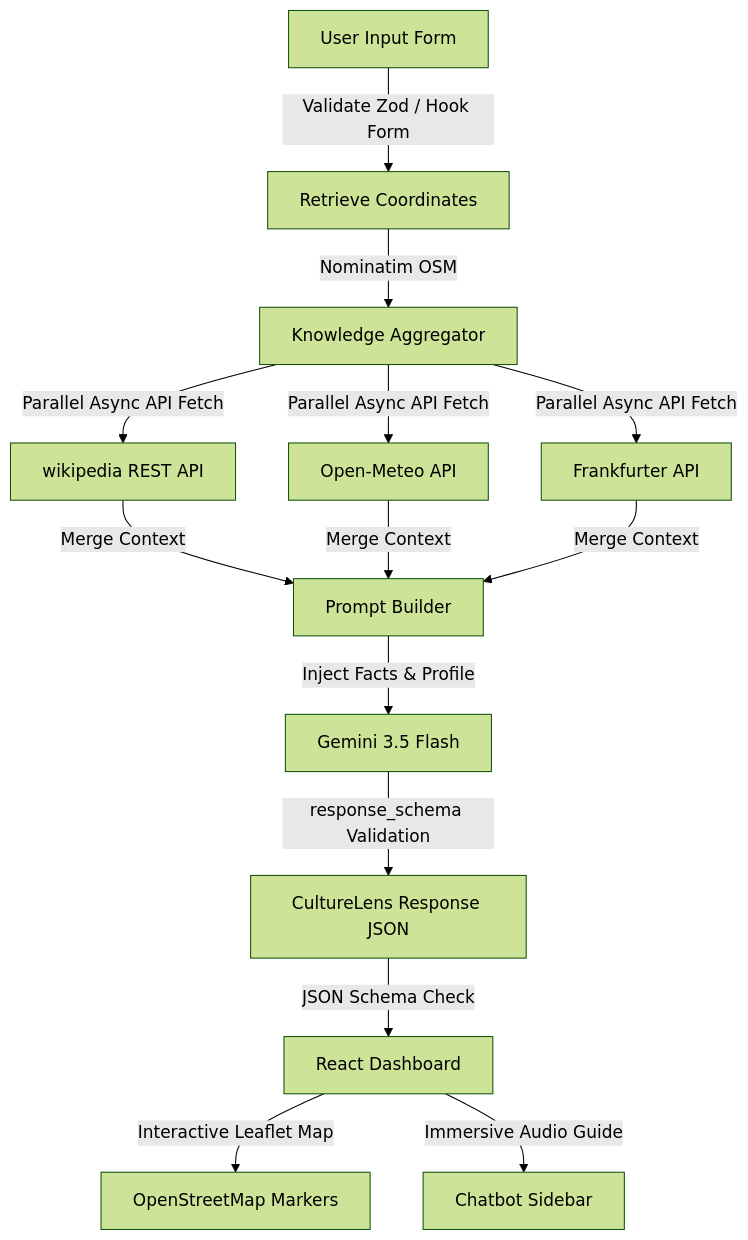
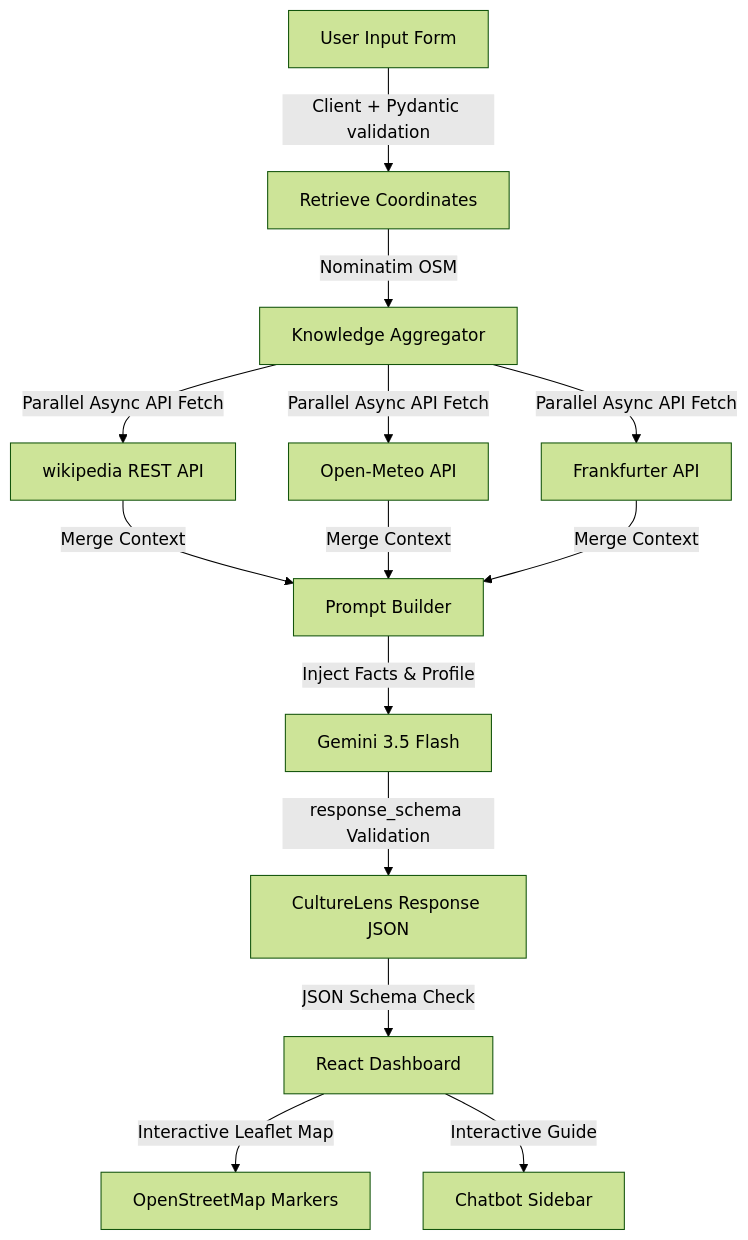
One commit to Aisenh037/CultureLens-AI changed the diagram in README.md. Above: the diagram before and after it, drawn with Mermaid (forest theme). The commit also changed other lines of this file and 14 other files, not shown here.

````diff
--- a/README.md
+++ b/README.md
@@ -27,14 +27,14 @@
 ```mermaid
 graph TD
-    A[User Input Form] -->|Validate Zod / Hook Form| B[Retrieve Coordinates]
+    A[User Input Form] -->|Client + Pydantic validation| B[Retrieve Coordinates]
     B -->|Nominatim OSM| C[Knowledge Aggregator]
     C -->|Parallel Async API Fetch| D[wikipedia REST API]
     C -->|Parallel Async API Fetch| E[Open-Meteo API]
     C -->|Parallel Async API Fetch| F[Frankfurter API]
     D & E & F -->|Merge Context| G[Prompt Builder]
     G -->|Inject Facts & Profile| H[Gemini 3.5 Flash]
     H -->|response_schema Validation| I[CultureLens Response JSON]
     I -->|JSON Schema Check| J[React Dashboard]
     J -->|Interactive Leaflet Map| K[OpenStreetMap Markers]
-    J -->|Immersive Audio Guide| L[Chatbot Sidebar]
+    J -->|Interactive Guide| L[Chatbot Sidebar]
 ```
````
